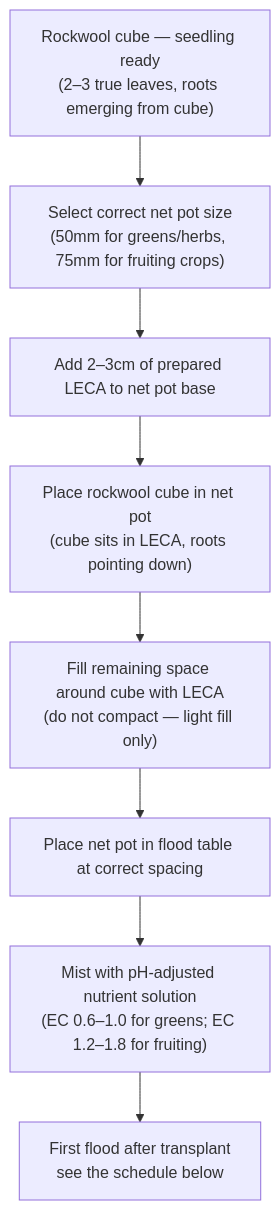
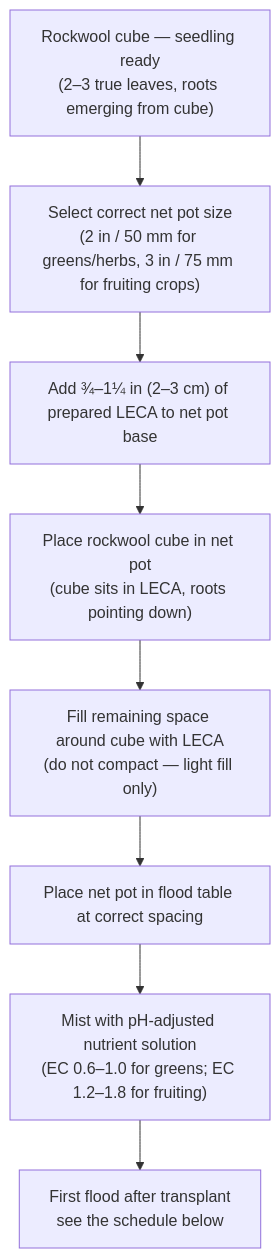
One commit to UncleJS/guide_hydroponics changed the second of 2 diagrams in guide/ebb-and-flow/05-growing-media.md. Above: the diagram before and after it, drawn with Mermaid. The commit also changed 12 other files, not shown here.

````diff
--- a/guide/ebb-and-flow/05-growing-media.md
+++ b/guide/ebb-and-flow/05-growing-media.md
@@ -563,13 +563,13 @@
 ```mermaid
 flowchart TD
     A["Rockwool cube — seedling ready<br/>(2–3 true leaves, roots emerging from cube)"]
-    B["Select correct net pot size<br/>(50mm for greens/herbs, 75mm for fruiting crops)"]
-    C["Add 2–3cm of prepared LECA to net pot base"]
+    B["Select correct net pot size<br/>(2 in / 50 mm for greens/herbs, 3 in / 75 mm for fruiting crops)"]
+    C["Add ¾–1¼ in (2–3 cm) of prepared LECA to net pot base"]
     D["Place rockwool cube in net pot<br/>(cube sits in LECA, roots pointing down)"]
     E["Fill remaining space around cube with LECA<br/>(do not compact — light fill only)"]
     F["Place net pot in flood table at correct spacing"]
     G["Mist with pH-adjusted nutrient solution<br/>(EC 0.6–1.0 for greens; EC 1.2–1.8 for fruiting)"]
     H["First flood after transplant<br/>see the schedule below"]
 
     A --> B --> C --> D --> E --> F --> G --> H
 ```
````
